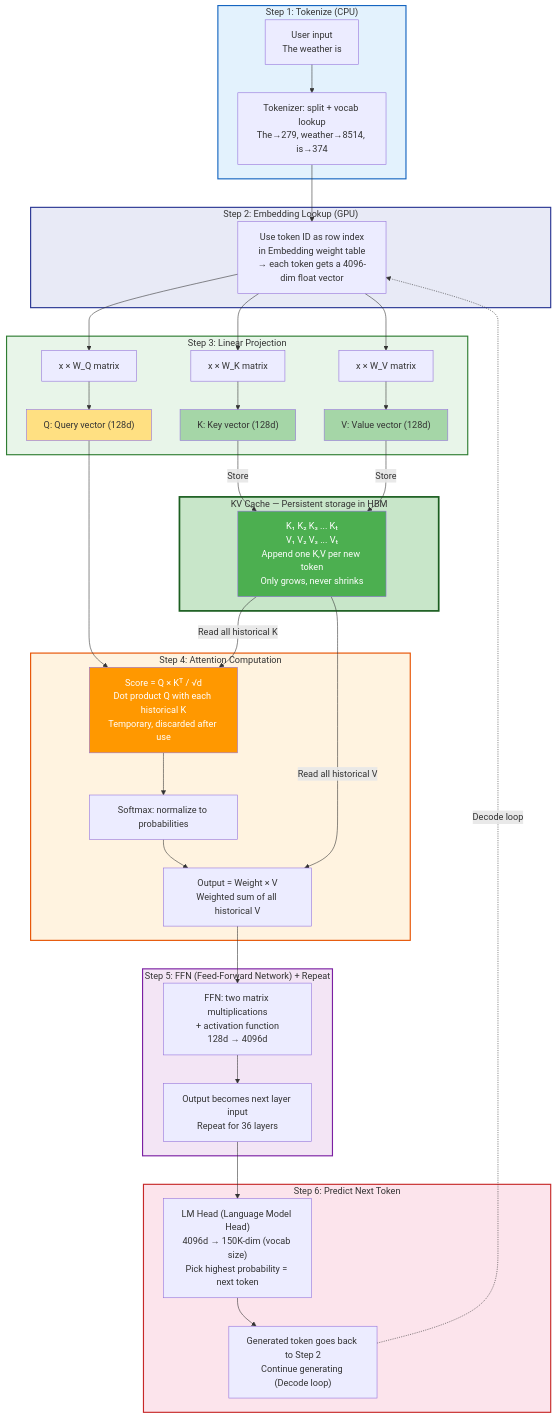
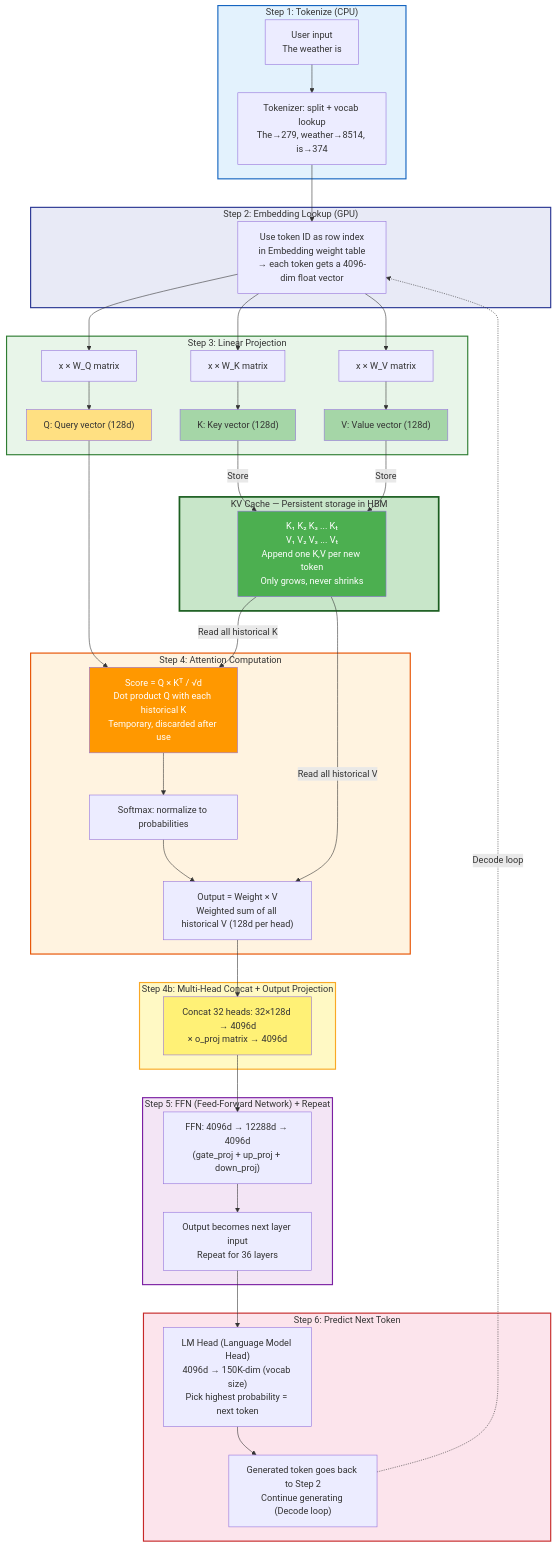
One commit to david-xinyuwei/david-share changed the diagram in Deep-Learning/KV-Cache-Deep-Dive/README.md. Above: the diagram before and after it, drawn with Mermaid. The commit also changed other lines of this file and 1 other file, not shown here.

Commit message:
Fix FFN dimensions, add Multi-Head Concat step, explain per-layer KV Cache independence

````diff
--- a/Deep-Learning/KV-Cache-Deep-Dive/README.md
+++ b/Deep-Learning/KV-Cache-Deep-Dive/README.md
@@ -149,62 +152,68 @@
 ```mermaid
 graph TD
     subgraph STEP1["Step 1: Tokenize (CPU)"]
         INPUT["User input<br/>The weather is"] --> TOK["Tokenizer: split + vocab lookup<br/>The→279, weather→8514, is→374"]
     end
 
     subgraph STEP2["Step 2: Embedding Lookup (GPU)"]
         TOK --> EMB["Use token ID as row index<br/>in Embedding weight table<br/>→ each token gets a 4096-dim float vector"]
     end
 
     subgraph STEP3["Step 3: Linear Projection"]
         EMB --> WQ["x × W_Q matrix"]
         EMB --> WK["x × W_K matrix"]
         EMB --> WV["x × W_V matrix"]
         WQ --> Q["Q: Query vector (128d)"]
         WK --> K["K: Key vector (128d)"]
         WV --> V["V: Value vector (128d)"]
     end
 
     subgraph CACHE_ZONE["KV Cache — Persistent storage in HBM"]
         KC["K₁ K₂ K₃ ... Kₜ<br/>V₁ V₂ V₃ ... Vₜ<br/>Append one K,V per new token<br/>Only grows, never shrinks"]
     end
 
     subgraph STEP4["Step 4: Attention Computation"]
         SCORE["Score = Q × Kᵀ / √d<br/>Dot product Q with each historical K<br/>Temporary, discarded after use"]
         SOFT["Softmax: normalize to probabilities"]
-        OUT["Output = Weight × V<br/>Weighted sum of all historical V"]
+        OUT["Output = Weight × V<br/>Weighted sum of all historical V (128d per head)"]
         SCORE --> SOFT --> OUT
     end
 
+    subgraph STEP4B["Step 4b: Multi-Head Concat + Output Projection"]
+        CONCAT["Concat 32 heads: 32×128d → 4096d<br/>× o_proj matrix → 4096d"]
+    end
+
     subgraph STEP5["Step 5: FFN (Feed-Forward Network) + Repeat"]
-        FFN["FFN: two matrix multiplications<br/>+ activation function<br/>128d → 4096d"]
+        FFN["FFN: 4096d → 12288d → 4096d<br/>(gate_proj + up_proj + down_proj)"]
         NEXT["Output becomes next layer input<br/>Repeat for 36 layers"]
     end
 
     subgraph STEP6["Step 6: Predict Next Token"]
         PREDICT["LM Head (Language Model Head)<br/>4096d → 150K-dim (vocab size)<br/>Pick highest probability = next token"]
         LOOP["Generated token goes back to Step 2<br/>Continue generating (Decode loop)"]
     end
 
     K -->|"Store"| KC
     V -->|"Store"| KC
     Q --> SCORE
     KC -->|"Read all historical K"| SCORE
     KC -->|"Read all historical V"| OUT
-    OUT --> FFN --> NEXT
+    OUT --> CONCAT --> FFN --> NEXT
     NEXT --> PREDICT --> LOOP
     LOOP -.->|"Decode loop"| EMB
 
     style STEP1 fill:#E3F2FD,stroke:#1565C0,stroke-width:2px
     style STEP2 fill:#E8EAF6,stroke:#283593,stroke-width:2px
     style STEP3 fill:#E8F5E9,stroke:#2E7D32,stroke-width:2px
     style CACHE_ZONE fill:#C8E6C9,stroke:#1B5E20,stroke-width:3px
     style STEP4 fill:#FFF3E0,stroke:#E65100,stroke-width:2px
+    style STEP4B fill:#FFF9C4,stroke:#F9A825,stroke-width:2px
     style STEP5 fill:#F3E5F5,stroke:#7B1FA2,stroke-width:2px
     style STEP6 fill:#FCE4EC,stroke:#C62828,stroke-width:2px
     style KC fill:#4CAF50,color:#fff
     style SCORE fill:#FF9800,color:#fff
     style Q fill:#FFE082
     style K fill:#A5D6A7
     style V fill:#A5D6A7
+    style CONCAT fill:#FFF176
 ```
````
